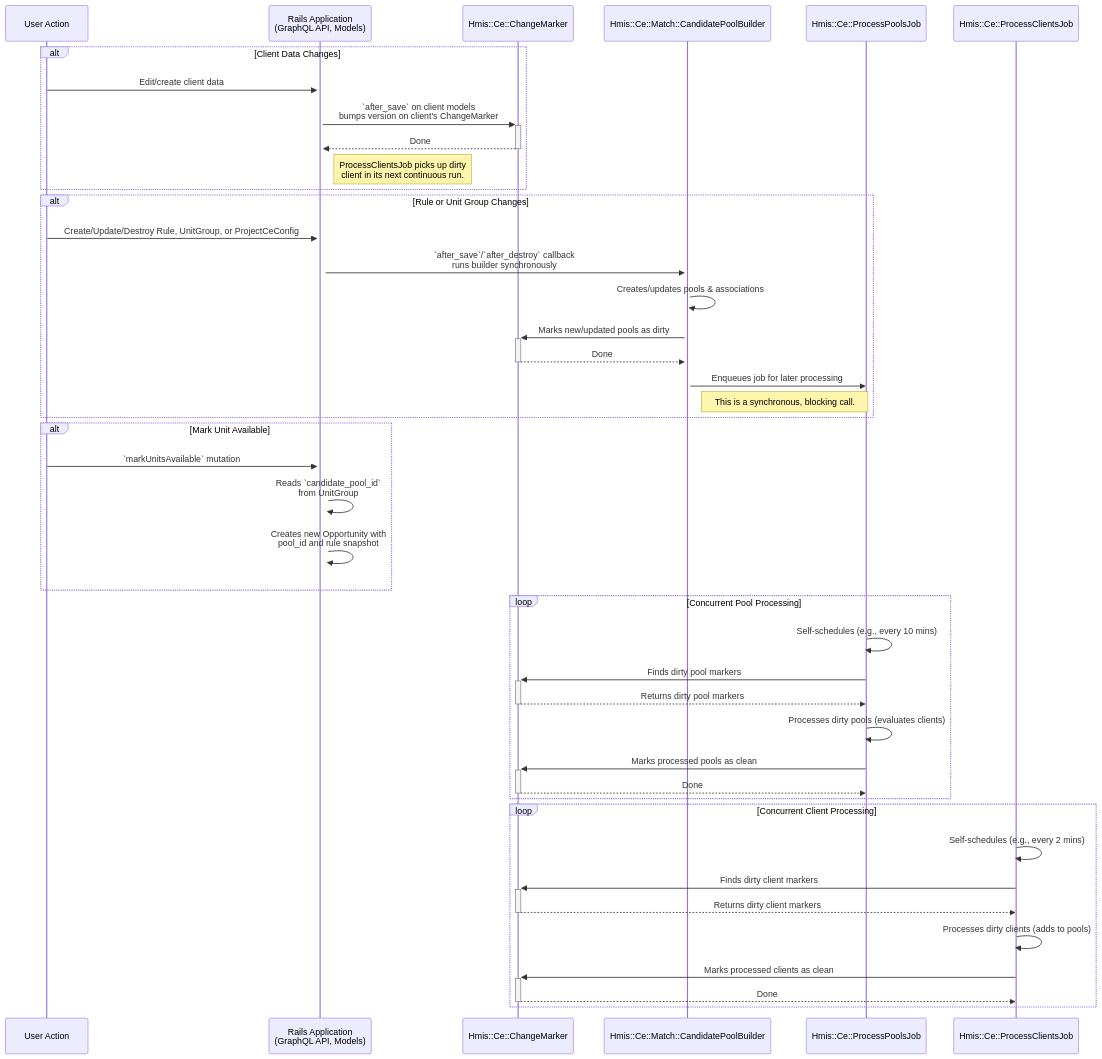
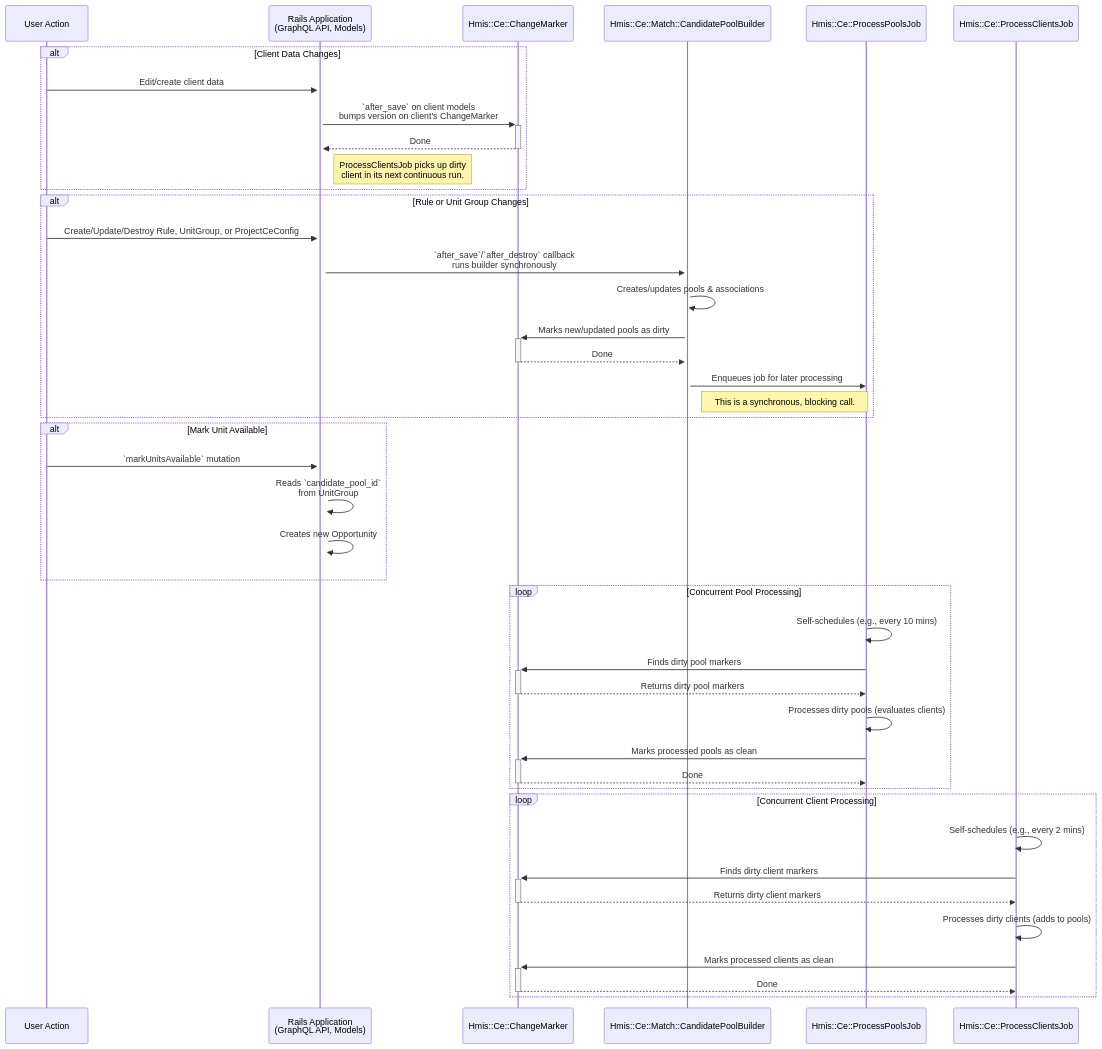
One commit to greenriver/hmis-warehouse changed the diagram in drivers/hmis/app/models/hmis/ce/README_FOR_CE_PROCESSING.md. Above: the diagram before and after it, drawn with Mermaid. The commit also changed other lines of this file and 1 other file, not shown here.

````diff
--- a/drivers/hmis/app/models/hmis/ce/README_FOR_CE_PROCESSING.md
+++ b/drivers/hmis/app/models/hmis/ce/README_FOR_CE_PROCESSING.md
@@ -35,50 +35,50 @@
 ```mermaid
 sequenceDiagram
     participant UserAction as User Action
     participant RailsApp as Rails Application<br>(GraphQL API, Models)
     participant ChangeMarker as Hmis::Ce::ChangeMarker
     participant CandidatePoolBuilder as Hmis::Ce::Match::CandidatePoolBuilder
     participant ProcessPoolsJob as Hmis::Ce::ProcessPoolsJob
     participant ProcessClientsJob as Hmis::Ce::ProcessClientsJob
 
     alt Client Data Changes
         UserAction->>+RailsApp: Edit/create client data
         RailsApp->>+ChangeMarker: `after_save` on client models<br>bumps version on client's ChangeMarker
         ChangeMarker-->>-RailsApp: Done
         Note right of RailsApp: ProcessClientsJob picks up dirty<br>client in its next continuous run.
     end
 
     alt Rule or Unit Group Changes
         UserAction->>+RailsApp: Create/Update/Destroy Rule, UnitGroup, or ProjectCeConfig
         RailsApp->>+CandidatePoolBuilder: `after_save`/`after_destroy` callback<br>runs builder synchronously
         CandidatePoolBuilder->>CandidatePoolBuilder: Creates/updates pools & associations
         CandidatePoolBuilder->>+ChangeMarker: Marks new/updated pools as dirty
         ChangeMarker-->>-CandidatePoolBuilder: Done
         CandidatePoolBuilder->>ProcessPoolsJob: Enqueues job for later processing
         Note right of CandidatePoolBuilder: This is a synchronous, blocking call.
     end
 
     alt Mark Unit Available
         UserAction->>+RailsApp: `markUnitsAvailable` mutation
         RailsApp->>RailsApp: Reads `candidate_pool_id`<br>from UnitGroup
-        RailsApp->>RailsApp: Creates new Opportunity with<br>pool_id and rule snapshot
+        RailsApp->>RailsApp: Creates new Opportunity
     end
 
     loop Concurrent Pool Processing
         ProcessPoolsJob->>ProcessPoolsJob: Self-schedules (e.g., every 10 mins)
         ProcessPoolsJob->>+ChangeMarker: Finds dirty pool markers
         ChangeMarker-->>-ProcessPoolsJob: Returns dirty pool markers
         ProcessPoolsJob->>ProcessPoolsJob: Processes dirty pools (evaluates clients)
         ProcessPoolsJob->>+ChangeMarker: Marks processed pools as clean
         ChangeMarker-->>-ProcessPoolsJob: Done
     end
 
     loop Concurrent Client Processing
         ProcessClientsJob->>ProcessClientsJob: Self-schedules (e.g., every 2 mins)
         ProcessClientsJob->>+ChangeMarker: Finds dirty client markers
         ChangeMarker-->>-ProcessClientsJob: Returns dirty client markers
         ProcessClientsJob->>ProcessClientsJob: Processes dirty clients (adds to pools)
         ProcessClientsJob->>+ChangeMarker: Marks processed clients as clean
         ChangeMarker-->>-ProcessClientsJob: Done
     end
 ```
````
